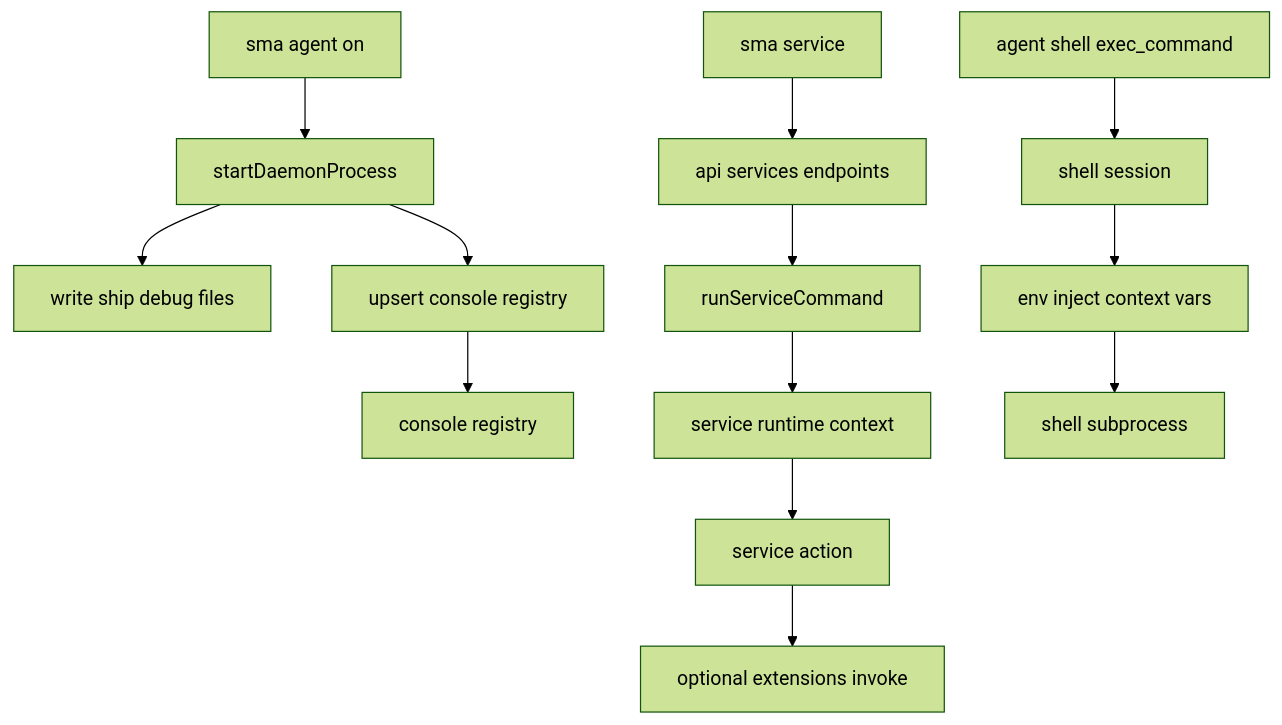
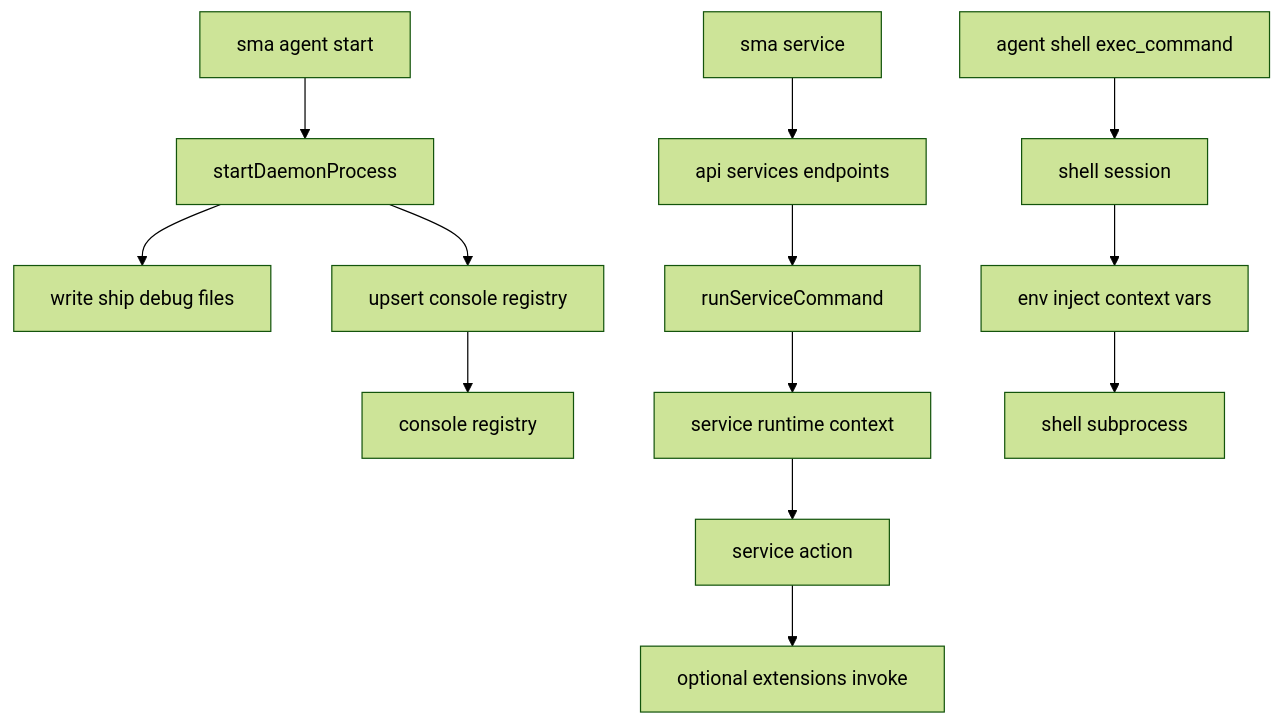
One commit to wangenius/downcity changed the diagram in homepage/content/docs/en/concepts/runtime-registration-service-shell-flow.mdx. Above: the diagram before and after it, drawn with Mermaid (forest theme). The commit also changed other lines of this file and 150 other files, not shown here.

````diff
--- a/homepage/content/docs/en/concepts/runtime-registration-service-shell-flow.mdx
+++ b/homepage/content/docs/en/concepts/runtime-registration-service-shell-flow.mdx
@@ -117,17 +117,17 @@
 ```mermaid
 flowchart TD
-  A[sma agent on] --> B[startDaemonProcess]
+  A[sma agent start] --> B[startDaemonProcess]
   B --> C[write ship debug files]
   B --> D[upsert console registry]
   D --> E[console registry]
 
   F[sma service] --> G[api services endpoints]
   G --> H[runServiceCommand]
   H --> I[service runtime context]
   I --> J[service action]
   J --> K[optional extensions invoke]
 
   L[agent shell exec_command] --> M[shell session]
   M --> N[env inject context vars]
   N --> O[shell subprocess]
 ```
````
